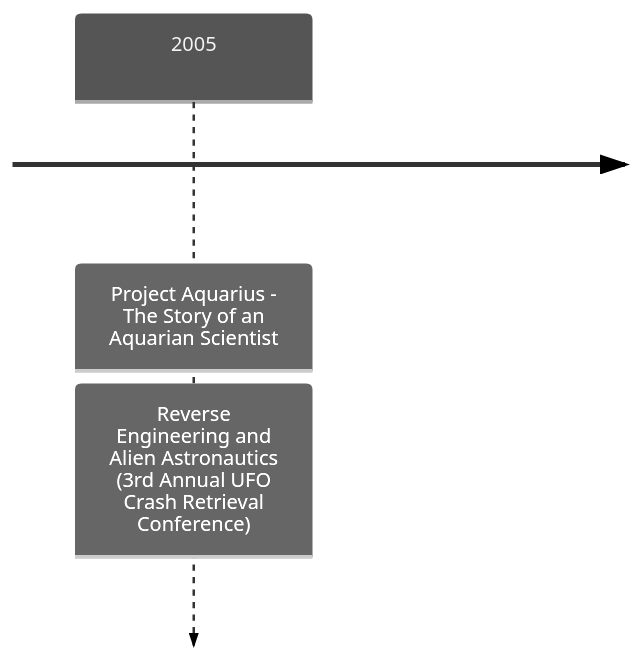
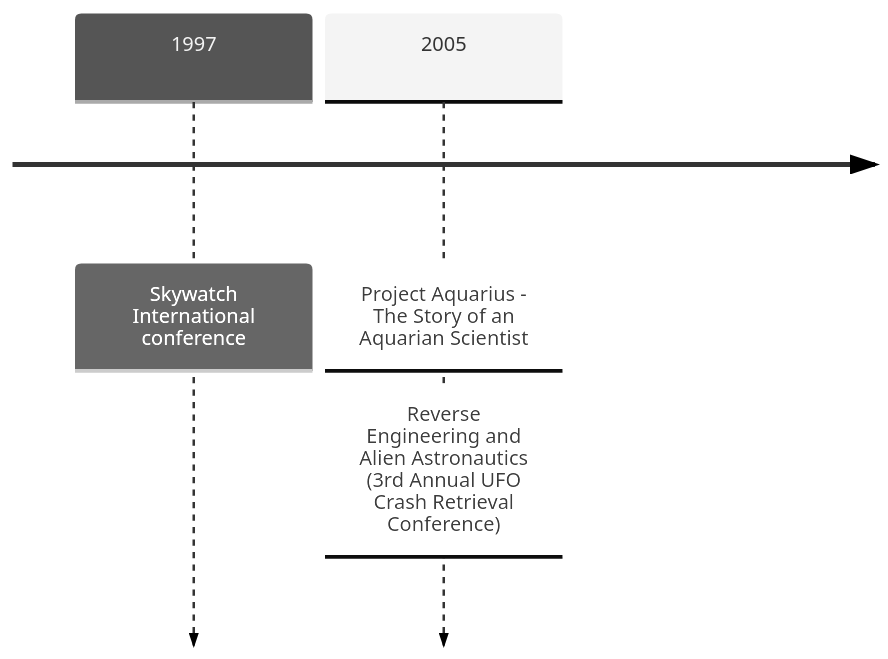
The diagram in docs/people/hamilton_william.md (Black-Star-Institute/blackstar.github.io), drawn with Mermaid (neutral theme) before and after one commit. The commit also changed other lines of this file, not shown here.

````diff
--- a/docs/people/hamilton_william.md
+++ b/docs/people/hamilton_william.md
@@ -19,5 +25,6 @@
 ```mermaid
 timeline
+    1997 : Skywatch International conference
     2005 : Project Aquarius - The Story of an Aquarian Scientist
          : Reverse Engineering and Alien Astronautics (3rd Annual UFO Crash Retrieval Conference)
 ```
````
